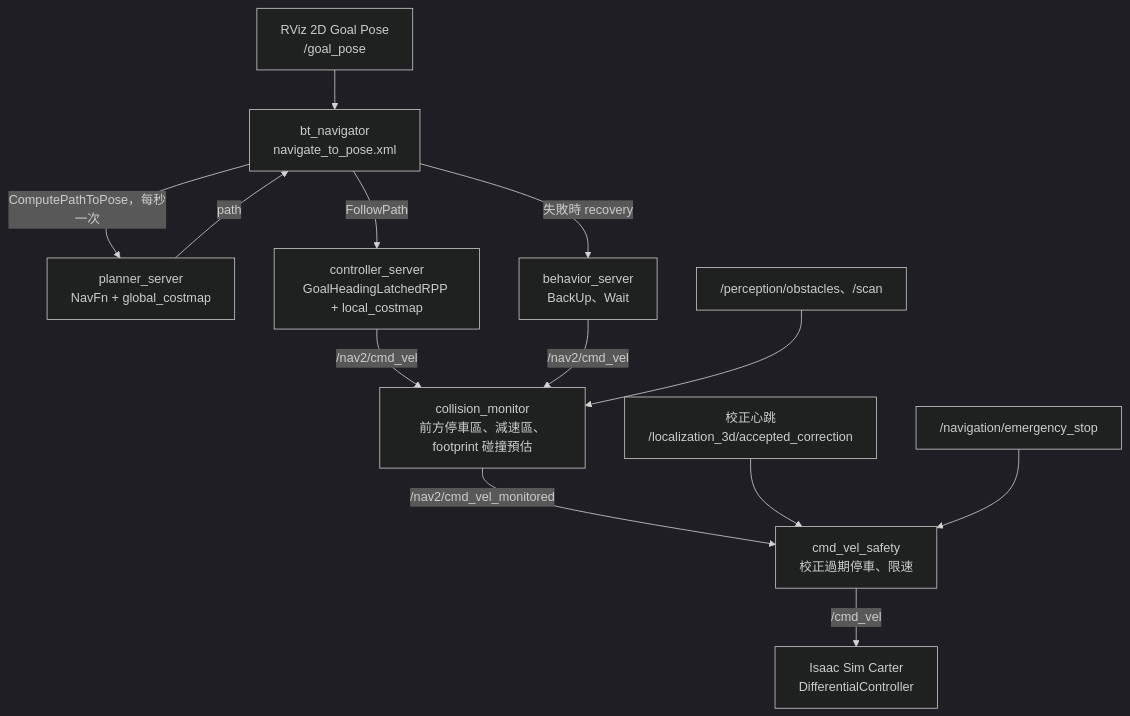
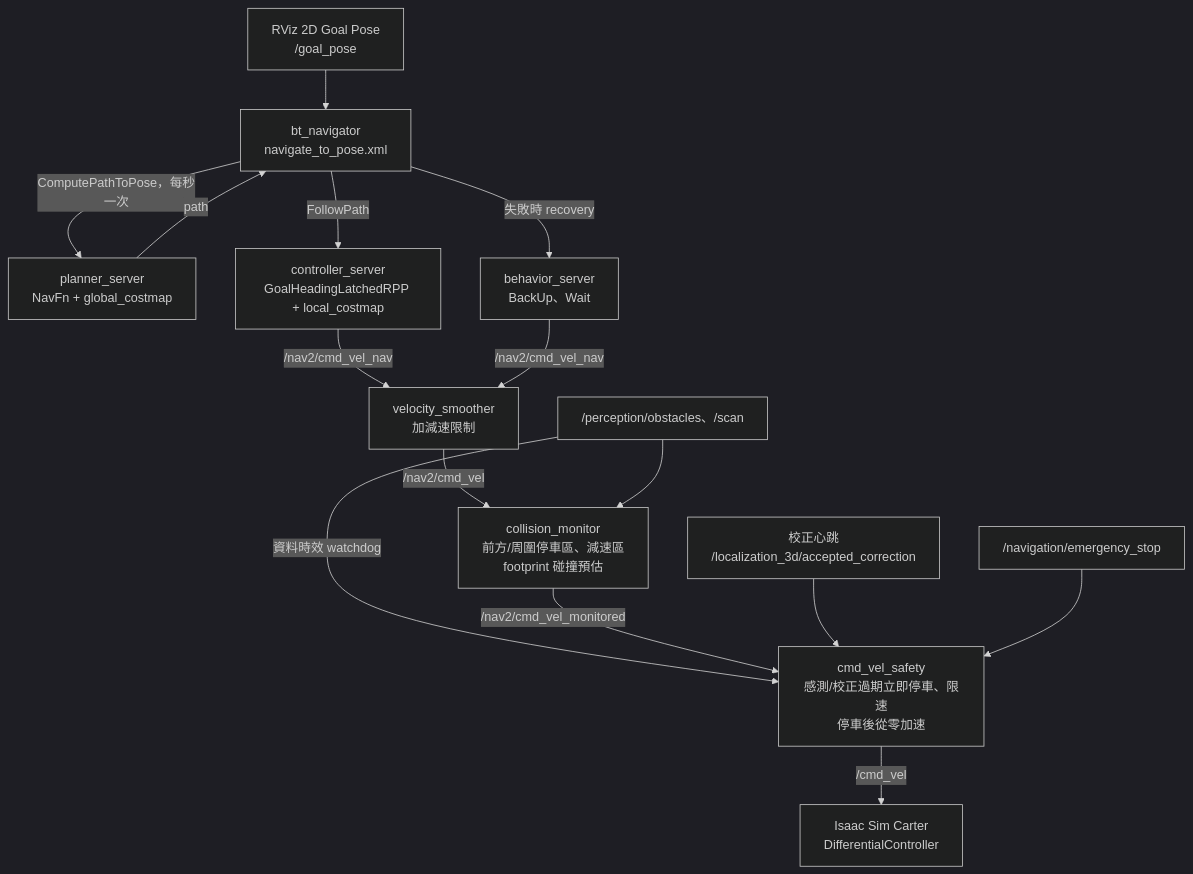
Before and after one commit to piggaycheng/isaacsim_fast-lio2-slam: the second of 5 diagrams in docs/nav.md, drawn with Mermaid (dark theme). The commit also changed other lines of this file and 10 other files, not shown here.

````diff
--- a/docs/nav.md
+++ b/docs/nav.md
@@ -52,27 +52,30 @@
 ```mermaid
 flowchart TD
     Goal["RViz 2D Goal Pose<br/>/goal_pose"]
     BT["bt_navigator<br/>navigate_to_pose.xml"]
     Planner["planner_server<br/>NavFn + global_costmap"]
     Controller["controller_server<br/>GoalHeadingLatchedRPP + local_costmap"]
     Behavior["behavior_server<br/>BackUp、Wait"]
-    Monitor["collision_monitor<br/>前方停車區、減速區、footprint 碰撞預估"]
+    Smoother["velocity_smoother<br/>加減速限制"]
+    Monitor["collision_monitor<br/>前方/周圍停車區、減速區<br/>footprint 碰撞預估"]
     Obstacles["/perception/obstacles、/scan"]
-    Safety["cmd_vel_safety<br/>校正過期停車、限速"]
+    Safety["cmd_vel_safety<br/>感測/校正過期立即停車、限速<br/>停車後從零加速"]
     Correction["校正心跳<br/>/localization_3d/accepted_correction"]
     EStop["/navigation/emergency_stop"]
     Isaac["Isaac Sim Carter<br/>DifferentialController"]
 
     Goal --> BT
     BT -->|"ComputePathToPose，每秒一次"| Planner
     Planner -->|"path"| BT
     BT -->|"FollowPath"| Controller
     BT -->|"失敗時 recovery"| Behavior
-    Controller -->|"/nav2/cmd_vel"| Monitor
-    Behavior -->|"/nav2/cmd_vel"| Monitor
+    Controller -->|"/nav2/cmd_vel_nav"| Smoother
+    Behavior -->|"/nav2/cmd_vel_nav"| Smoother
+    Smoother -->|"/nav2/cmd_vel"| Monitor
     Obstacles --> Monitor
+    Obstacles -->|"資料時效 watchdog"| Safety
     Monitor -->|"/nav2/cmd_vel_monitored"| Safety
     Correction --> Safety
     EStop --> Safety
     Safety -->|"/cmd_vel"| Isaac
 ```
````
